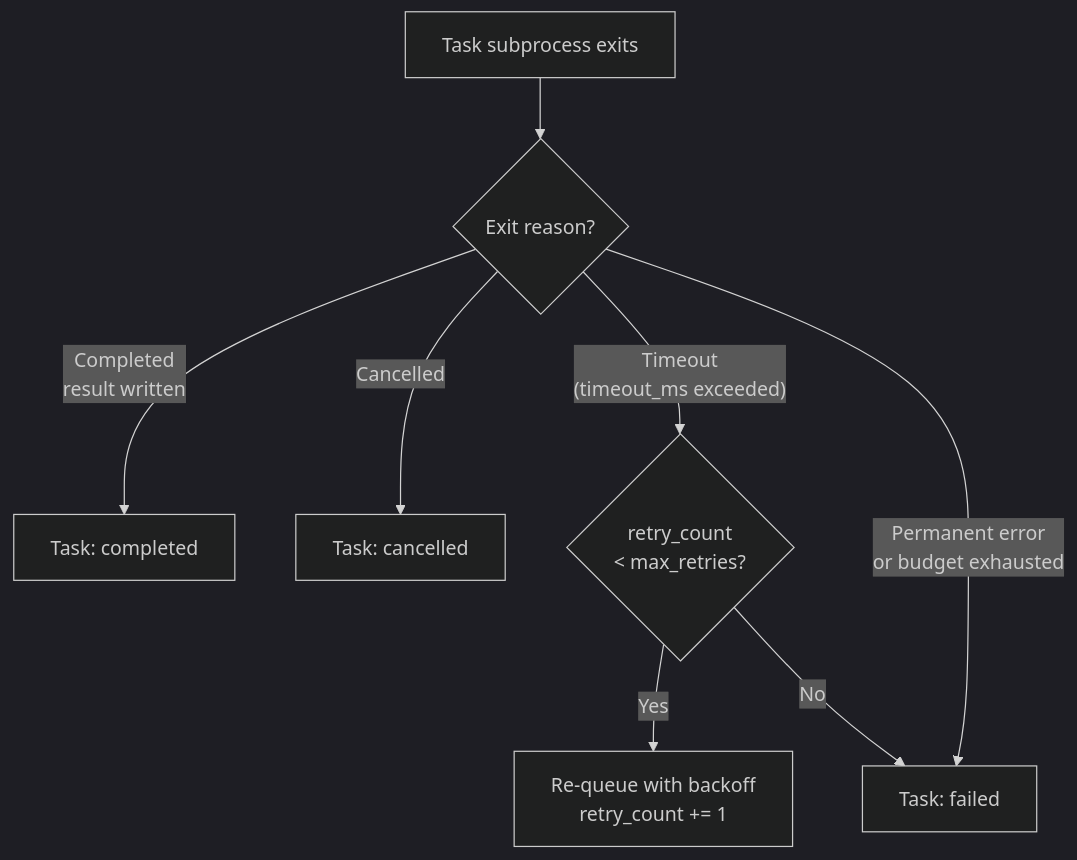
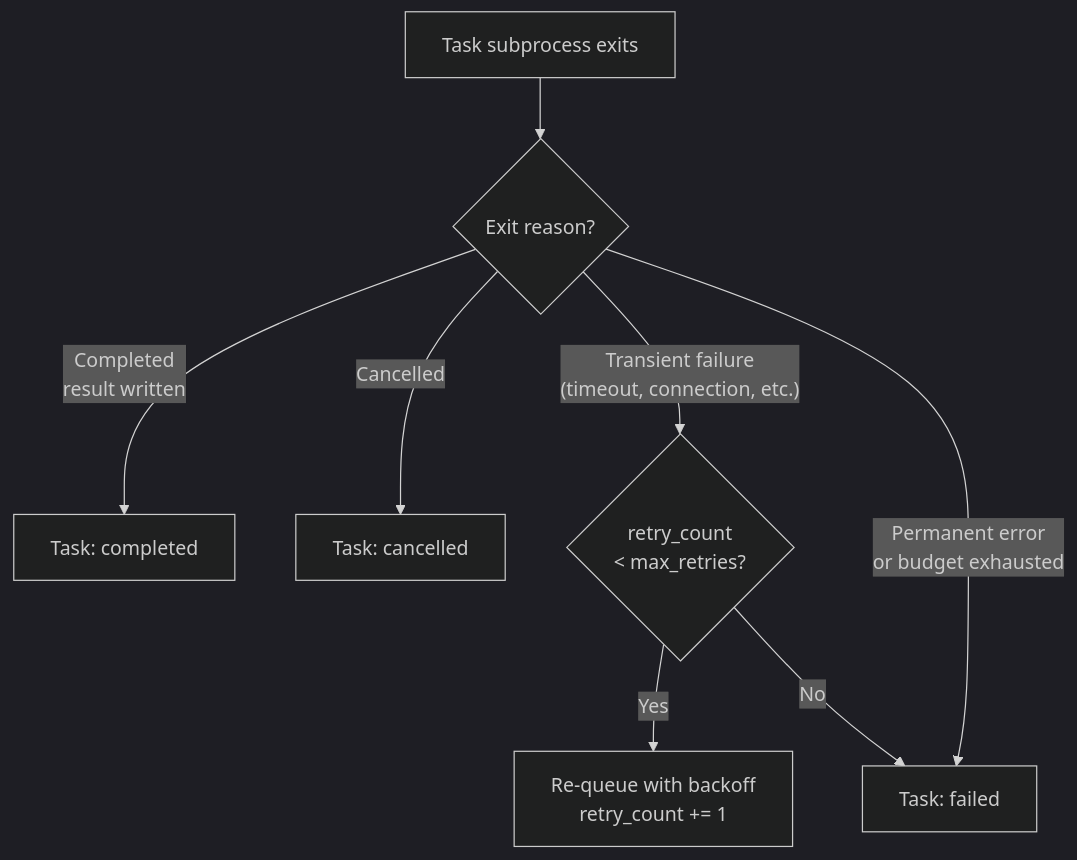
One commit to NVIDIA/nemoclaw-community changed the fifth of 6 diagrams in examples/recipes/community/deep-research-worker/README.md. Above: the diagram before and after it, drawn with Mermaid (dark theme). The commit also changed other lines of this file, not shown here.

First line of the commit message:
docs(deep-research-worker): fix output formats, retry behavior, and state lifecycle

````diff
--- a/examples/recipes/community/deep-research-worker/README.md
+++ b/examples/recipes/community/deep-research-worker/README.md
@@ -369,15 +378,15 @@
 ```mermaid
 graph TD
     A["Task subprocess exits"] --> B{Exit reason?}
     B -->|"Completed
 result written"| C["Task: completed"]
     B -->|"Cancelled"| D["Task: cancelled"]
-    B -->|"Timeout
-(timeout_ms exceeded)"| E{"retry_count
+    B -->|"Transient failure
+(timeout, connection, etc.)"| E{"retry_count
 < max_retries?"}
     B -->|"Permanent error
 or budget exhausted"| F["Task: failed"]
     E -->|Yes| G["Re-queue with backoff
 retry_count += 1"]
     E -->|No| F
 ```
````
